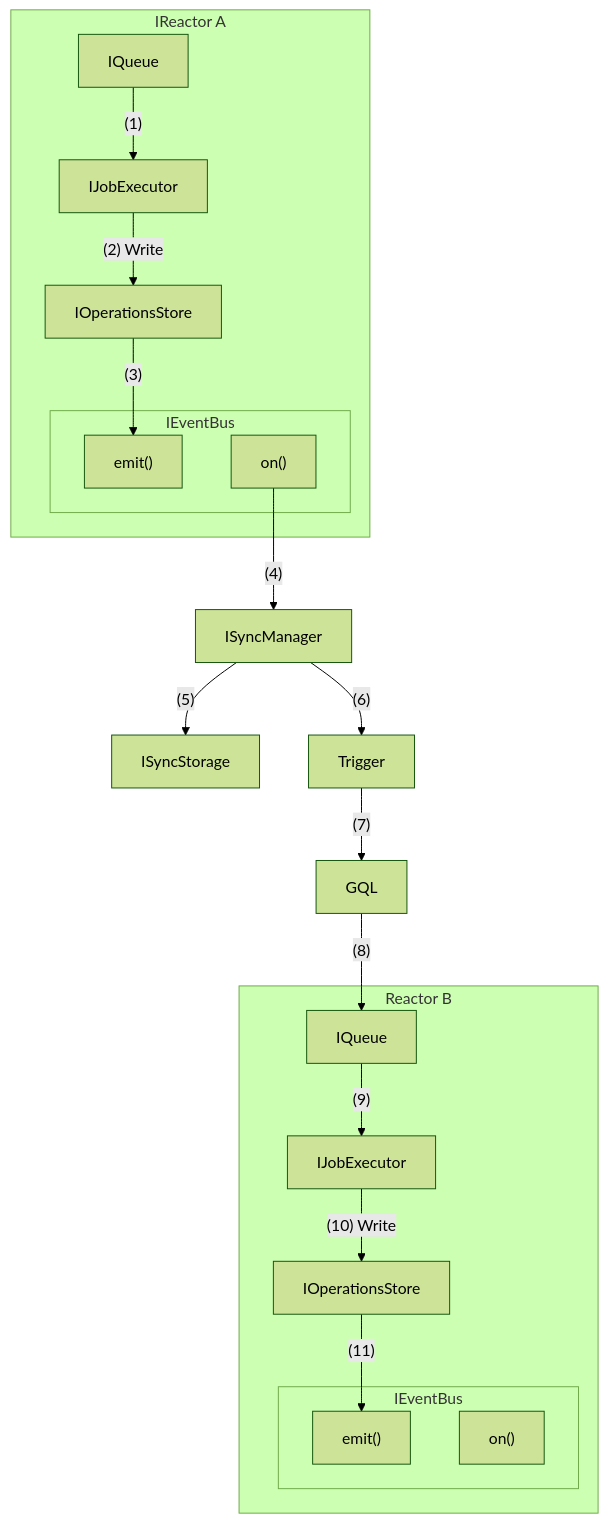
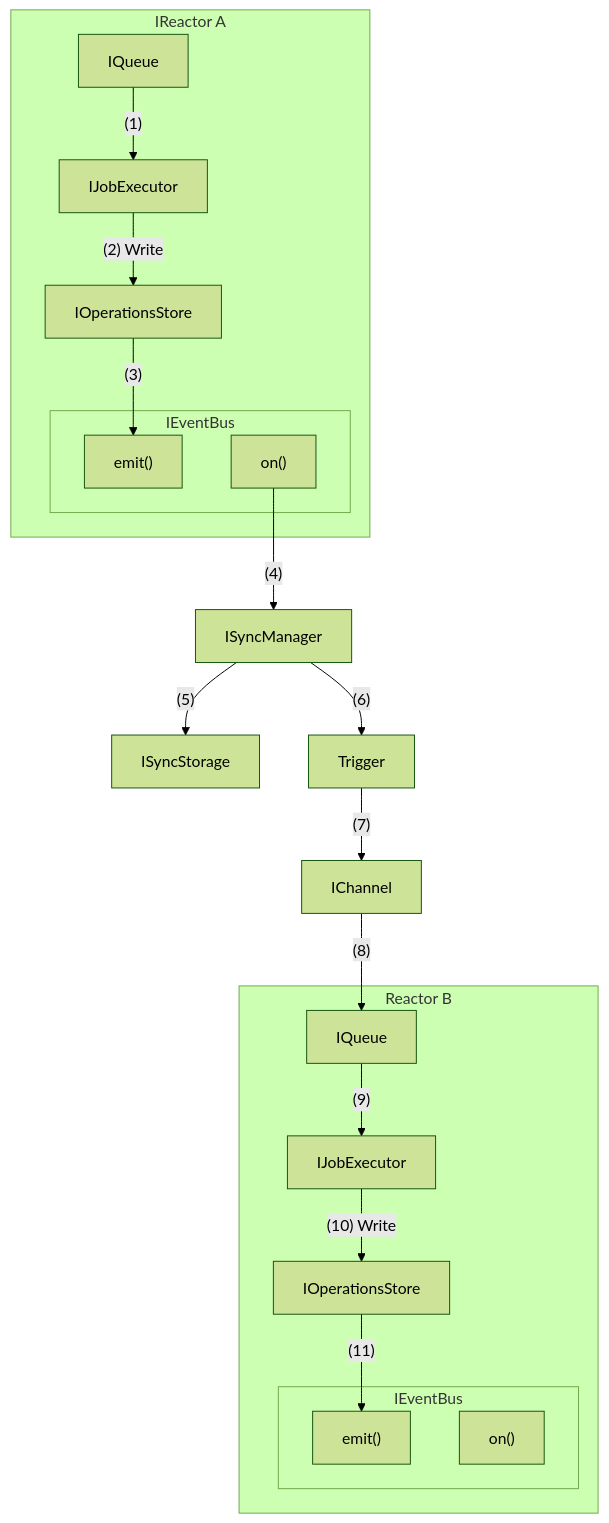
The first of 2 diagrams in packages/reactor/docs/planning/Synchronization/index.md (powerhouse-inc/powerhouse), drawn with Mermaid (forest theme) before and after one commit. The commit also changed other lines of this file and 2 other files, not shown here.

````diff
--- a/packages/reactor/docs/planning/Synchronization/index.md
+++ b/packages/reactor/docs/planning/Synchronization/index.md
@@ -14,26 +18,26 @@
 ```mermaid
 graph 
     subgraph "IReactor A"
         AQueue["IQueue"] -->|"(1)"| AJobs["IJobExecutor"] -->|"(2) Write"| AOS["IOperationsStore"]
         AOS -->|"(3)"| APub
 
         subgraph AEvents["IEventBus"]
             APub["emit()"]
             ASub["on()"]
         end
     end
 
     ASub -->|"(4)"| ASync["ISyncManager"]
     ASync -->|"(5)"| ISyncStorage
-    ASync -->|"(6)"| Trigger -->|"(7)"| GQL -->|"(8)"| BQueue
+    ASync -->|"(6)"| Trigger -->|"(7)"| IChannel -->|"(8)"| BQueue
 
     subgraph "Reactor B"
         BQueue["IQueue"] -->|"(9)"| BJobs["IJobExecutor"] -->|"(10) Write"| BOS["IOperationsStore"]
         BOS -->|"(11)"| BPub
 
         subgraph BEvents["IEventBus"]
             BPub["emit()"]
             BSub["on()"]
         end
     end
 ```
````
